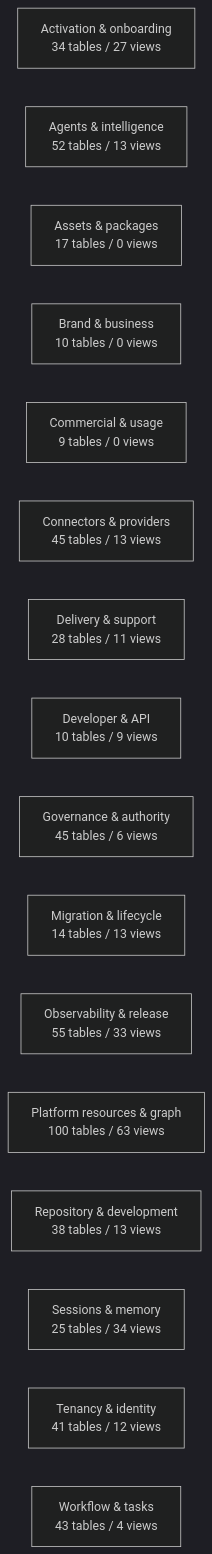
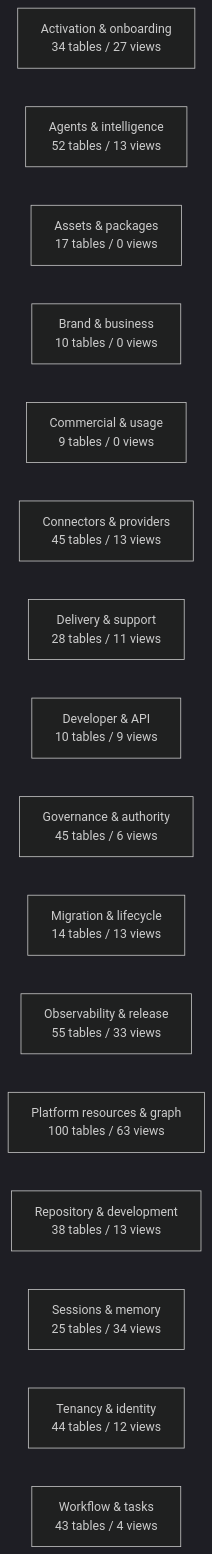
One commit to mad4bdigital-ai/multi-business-multi-role-growth-intelligence-os changed the diagram in docs/work-maps/data-model-domain-map.md. Above: the diagram before and after it, drawn with Mermaid (dark theme). The commit also changed other lines of this file and 14 other files, not shown here.

````diff
--- a/docs/work-maps/data-model-domain-map.md
+++ b/docs/work-maps/data-model-domain-map.md
@@ -9,19 +9,19 @@
 ```mermaid
 flowchart LR
   n_Activation___onboarding["Activation & onboarding<br/>34 tables / 27 views"]
   n_Agents___intelligence["Agents & intelligence<br/>52 tables / 13 views"]
   n_Assets___packages["Assets & packages<br/>17 tables / 0 views"]
   n_Brand___business["Brand & business<br/>10 tables / 0 views"]
   n_Commercial___usage["Commercial & usage<br/>9 tables / 0 views"]
   n_Connectors___providers["Connectors & providers<br/>45 tables / 13 views"]
   n_Delivery___support["Delivery & support<br/>28 tables / 11 views"]
   n_Developer___API["Developer & API<br/>10 tables / 9 views"]
   n_Governance___authority["Governance & authority<br/>45 tables / 6 views"]
   n_Migration___lifecycle["Migration & lifecycle<br/>14 tables / 13 views"]
   n_Observability___release["Observability & release<br/>55 tables / 33 views"]
   n_Platform_resources___graph["Platform resources & graph<br/>100 tables / 63 views"]
   n_Repository___development["Repository & development<br/>38 tables / 13 views"]
   n_Sessions___memory["Sessions & memory<br/>25 tables / 34 views"]
-  n_Tenancy___identity["Tenancy & identity<br/>41 tables / 12 views"]
+  n_Tenancy___identity["Tenancy & identity<br/>44 tables / 12 views"]
   n_Workflow___tasks["Workflow & tasks<br/>43 tables / 4 views"]
 ```
````
